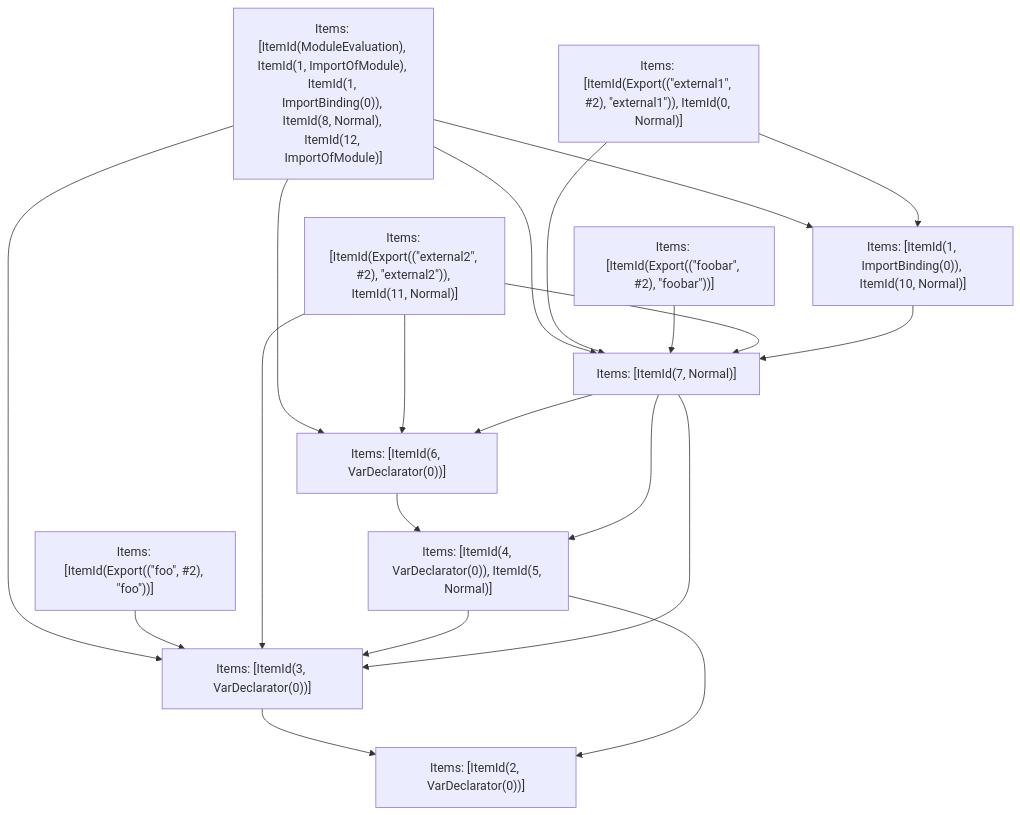
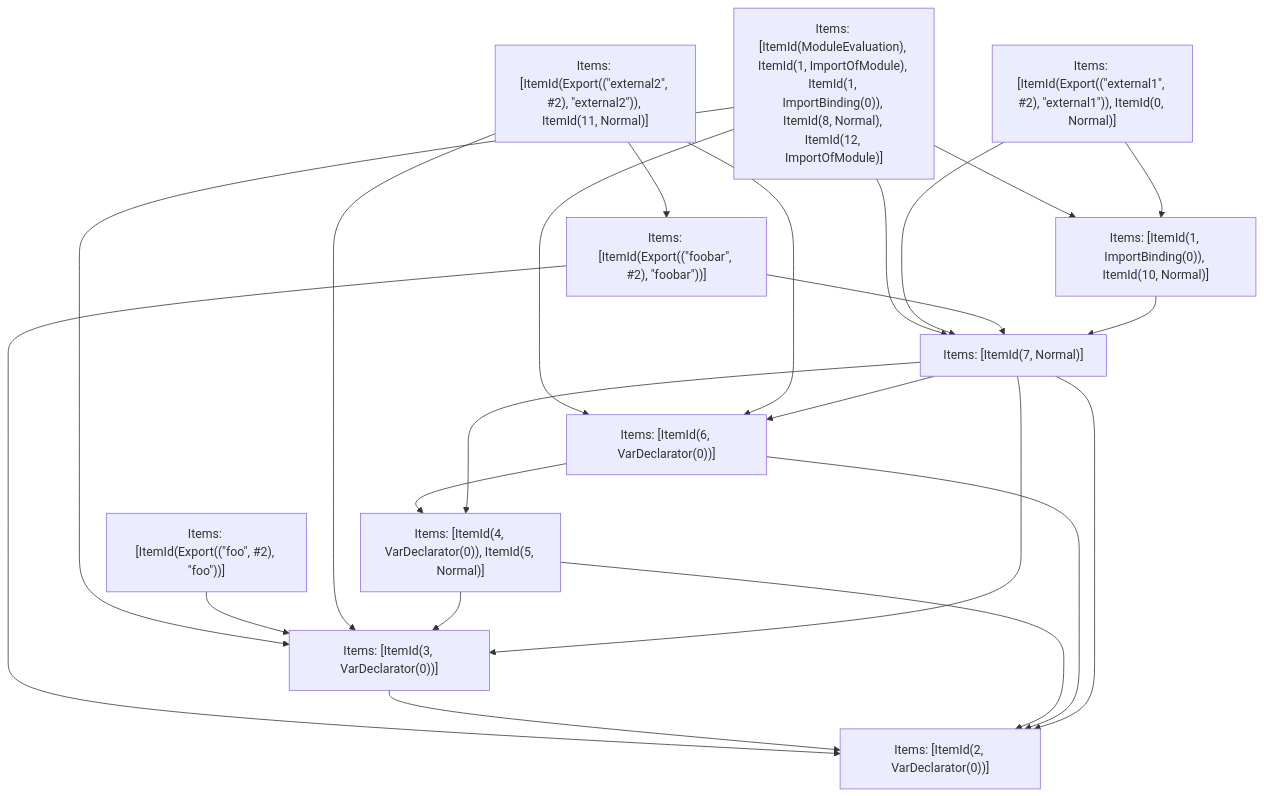
The fifth of 5 diagrams in crates/turbopack-ecmascript/tests/tree-shaker/analyzer/2/output.md (vercel/turborepo), drawn with Mermaid before and after one commit. The commit also changed other lines of this file and 22 other files, not shown here.

````diff
--- a/crates/turbopack-ecmascript/tests/tree-shaker/analyzer/2/output.md
+++ b/crates/turbopack-ecmascript/tests/tree-shaker/analyzer/2/output.md
@@ -348,33 +365,36 @@
 ```mermaid
 graph TD
     N0["Items: [ItemId(ModuleEvaluation), ItemId(1, ImportOfModule), ItemId(1, ImportBinding(0)), ItemId(8, Normal), ItemId(12, ImportOfModule)]"];
     N1["Items: [ItemId(Export((&quot;external1&quot;, #2), &quot;external1&quot;)), ItemId(0, Normal)]"];
     N2["Items: [ItemId(Export((&quot;foobar&quot;, #2), &quot;foobar&quot;))]"];
     N3["Items: [ItemId(Export((&quot;foo&quot;, #2), &quot;foo&quot;))]"];
     N4["Items: [ItemId(Export((&quot;external2&quot;, #2), &quot;external2&quot;)), ItemId(11, Normal)]"];
     N5["Items: [ItemId(2, VarDeclarator(0))]"];
     N6["Items: [ItemId(3, VarDeclarator(0))]"];
     N7["Items: [ItemId(4, VarDeclarator(0)), ItemId(5, Normal)]"];
     N8["Items: [ItemId(6, VarDeclarator(0))]"];
     N9["Items: [ItemId(7, Normal)]"];
     N10["Items: [ItemId(1, ImportBinding(0)), ItemId(10, Normal)]"];
     N0 --> N8;
     N0 --> N10;
     N0 --> N9;
     N0 --> N6;
     N1 --> N10;
     N1 --> N9;
     N2 --> N9;
+    N2 --> N5;
     N3 --> N6;
     N4 --> N6;
     N4 --> N8;
-    N4 --> N9;
+    N4 --> N2;
     N6 --> N5;
     N7 --> N5;
     N7 --> N6;
     N8 --> N7;
+    N8 --> N5;
     N9 --> N7;
+    N9 --> N5;
     N9 --> N6;
     N9 --> N8;
     N10 --> N9;
 ```
````
